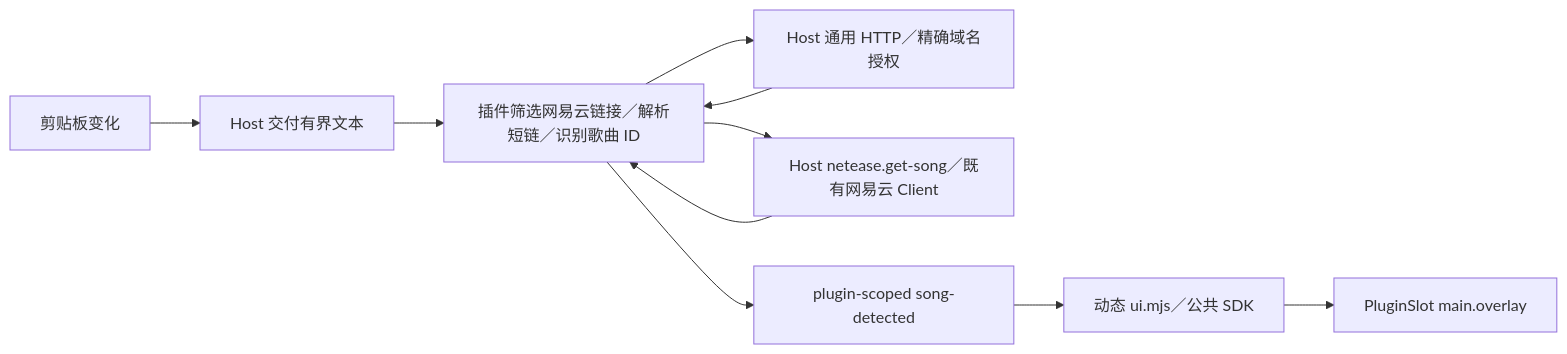
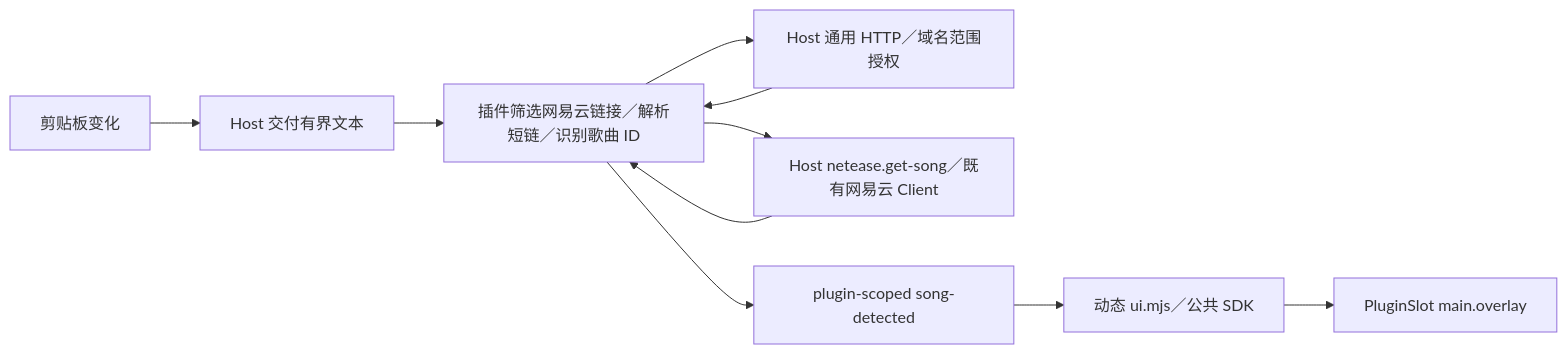
Before and after one commit to Miaoyww/Nons: the diagram in docs/plugins.md, drawn with Mermaid. The commit also changed other lines of this file and 8 other files, not shown here.

````diff
--- a/docs/plugins.md
+++ b/docs/plugins.md
@@ -128,12 +128,12 @@
 ```mermaid
 flowchart LR
   C[剪贴板变化] --> H[Host 交付有界文本]
   H --> W[插件筛选网易云链接／解析短链／识别歌曲 ID]
-  W --> R[Host 通用 HTTP／精确域名授权]
+  W --> R[Host 通用 HTTP／域名范围授权]
   R --> W
   W --> N[Host netease.get-song／既有网易云 Client]
   N --> W
   W --> E[plugin-scoped song-detected]
   E --> U[动态 ui.mjs／公共 SDK]
   U --> S[PluginSlot main.overlay]
 ```
````
